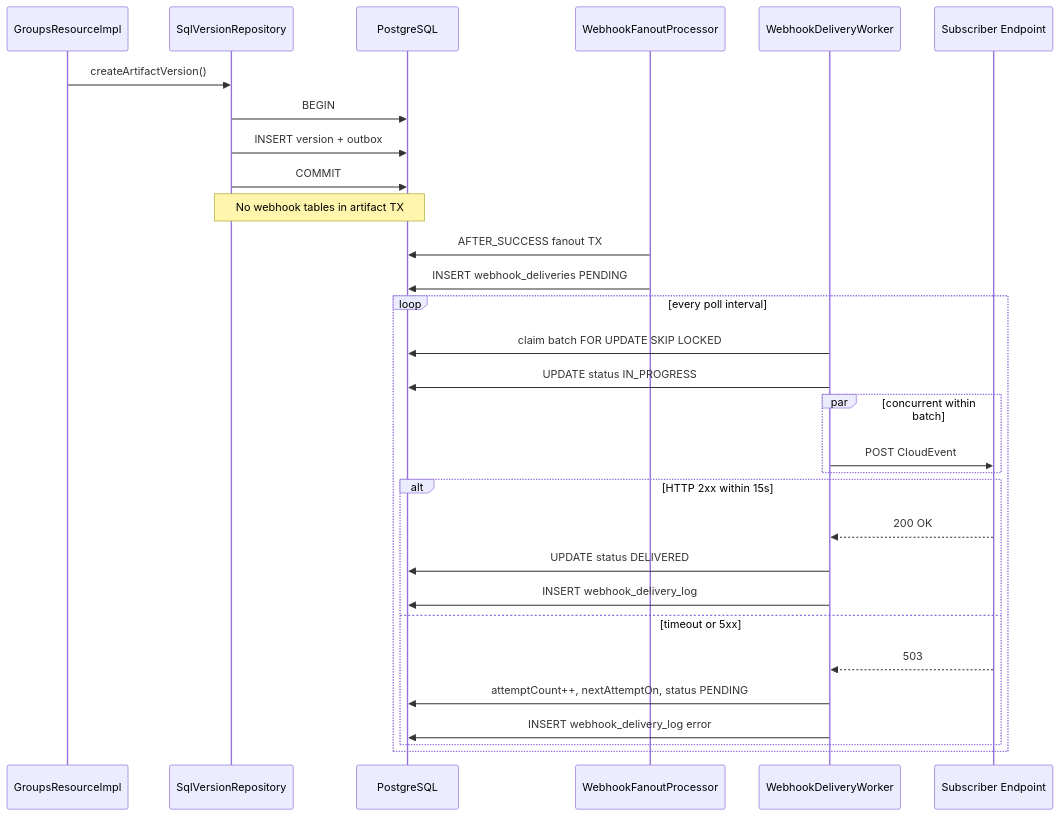
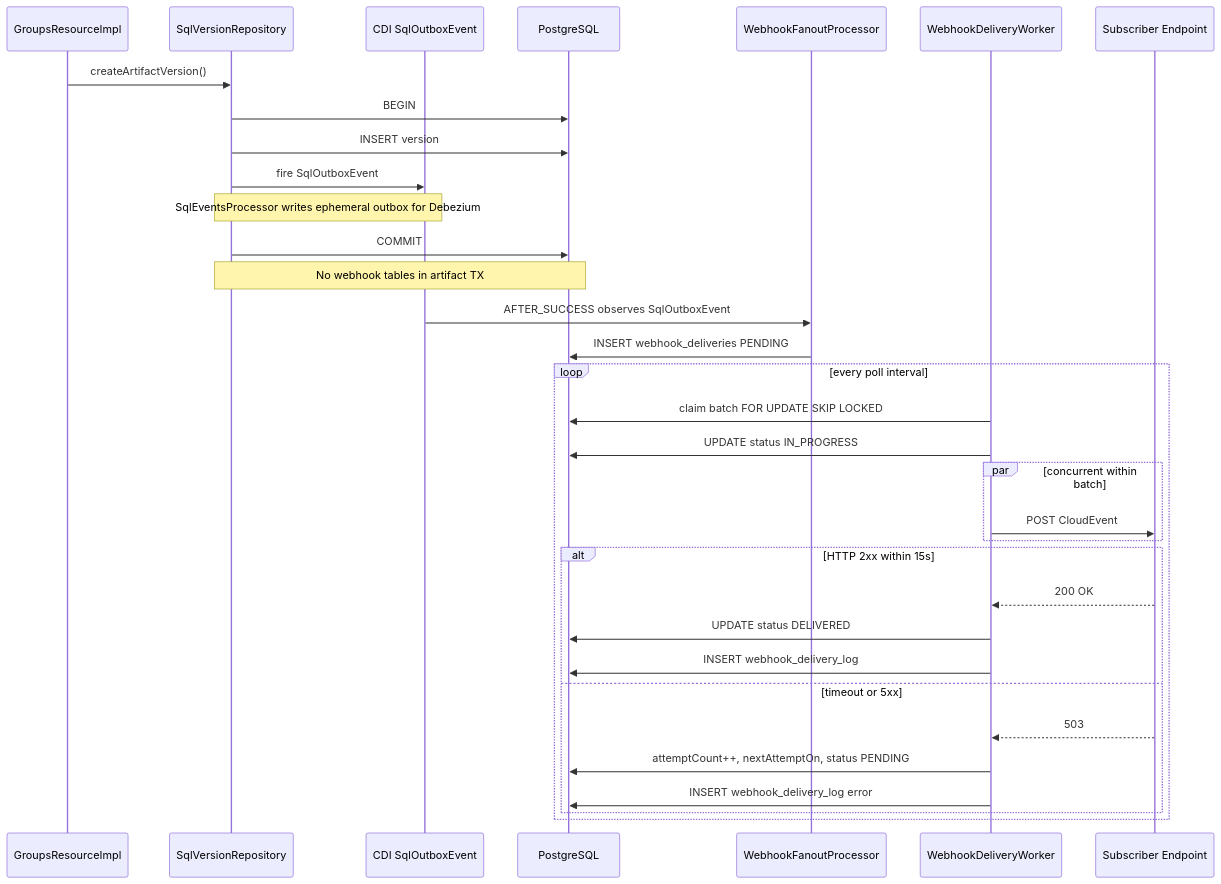
One commit to aaravmahajanofficial/apicurio-registry changed the fifth of 7 diagrams in .cursor/plans/cloudevents_webhook_notifications_a29b4a22.plan.md. Above: the diagram before and after it, drawn with Mermaid. The commit also changed other lines of this file and 1 other file, not shown here.

````diff
--- a/.cursor/plans/cloudevents_webhook_notifications_a29b4a22.plan.md
+++ b/.cursor/plans/cloudevents_webhook_notifications_a29b4a22.plan.md
@@ -970,35 +979,38 @@
 ```mermaid
 sequenceDiagram
     participant API as GroupsResourceImpl
     participant Storage as SqlVersionRepository
+    participant CDI as CDI SqlOutboxEvent
     participant PG as PostgreSQL
     participant Fanout as WebhookFanoutProcessor
     participant Worker as WebhookDeliveryWorker
     participant Hook as Subscriber Endpoint
 
     API->>Storage: createArtifactVersion()
     Storage->>PG: BEGIN
-    Storage->>PG: INSERT version + outbox
+    Storage->>PG: INSERT version
+    Storage->>CDI: fire SqlOutboxEvent
+    Note over Storage,CDI: SqlEventsProcessor writes ephemeral outbox for Debezium
     Storage->>PG: COMMIT
     Note over Storage,PG: No webhook tables in artifact TX
 
-    Fanout->>PG: AFTER_SUCCESS fanout TX
+    CDI->>Fanout: AFTER_SUCCESS observes SqlOutboxEvent
     Fanout->>PG: INSERT webhook_deliveries PENDING
 
     loop every poll interval
         Worker->>PG: claim batch FOR UPDATE SKIP LOCKED
         Worker->>PG: UPDATE status IN_PROGRESS
         par concurrent within batch
             Worker->>Hook: POST CloudEvent
         end
         alt HTTP 2xx within 15s
             Hook-->>Worker: 200 OK
             Worker->>PG: UPDATE status DELIVERED
             Worker->>PG: INSERT webhook_delivery_log
         else timeout or 5xx
             Hook-->>Worker: 503
             Worker->>PG: attemptCount++, nextAttemptOn, status PENDING
             Worker->>PG: INSERT webhook_delivery_log error
         end
     end
 ```
````
